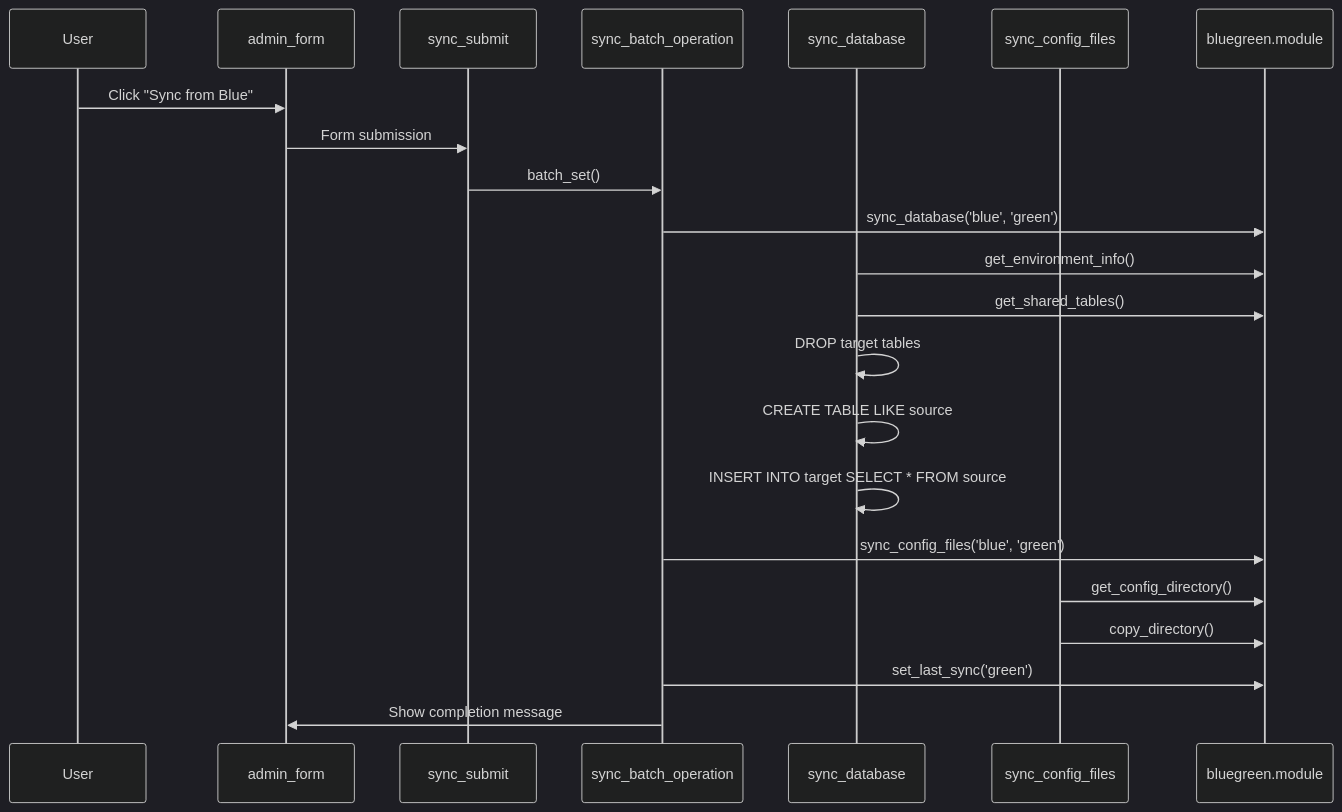
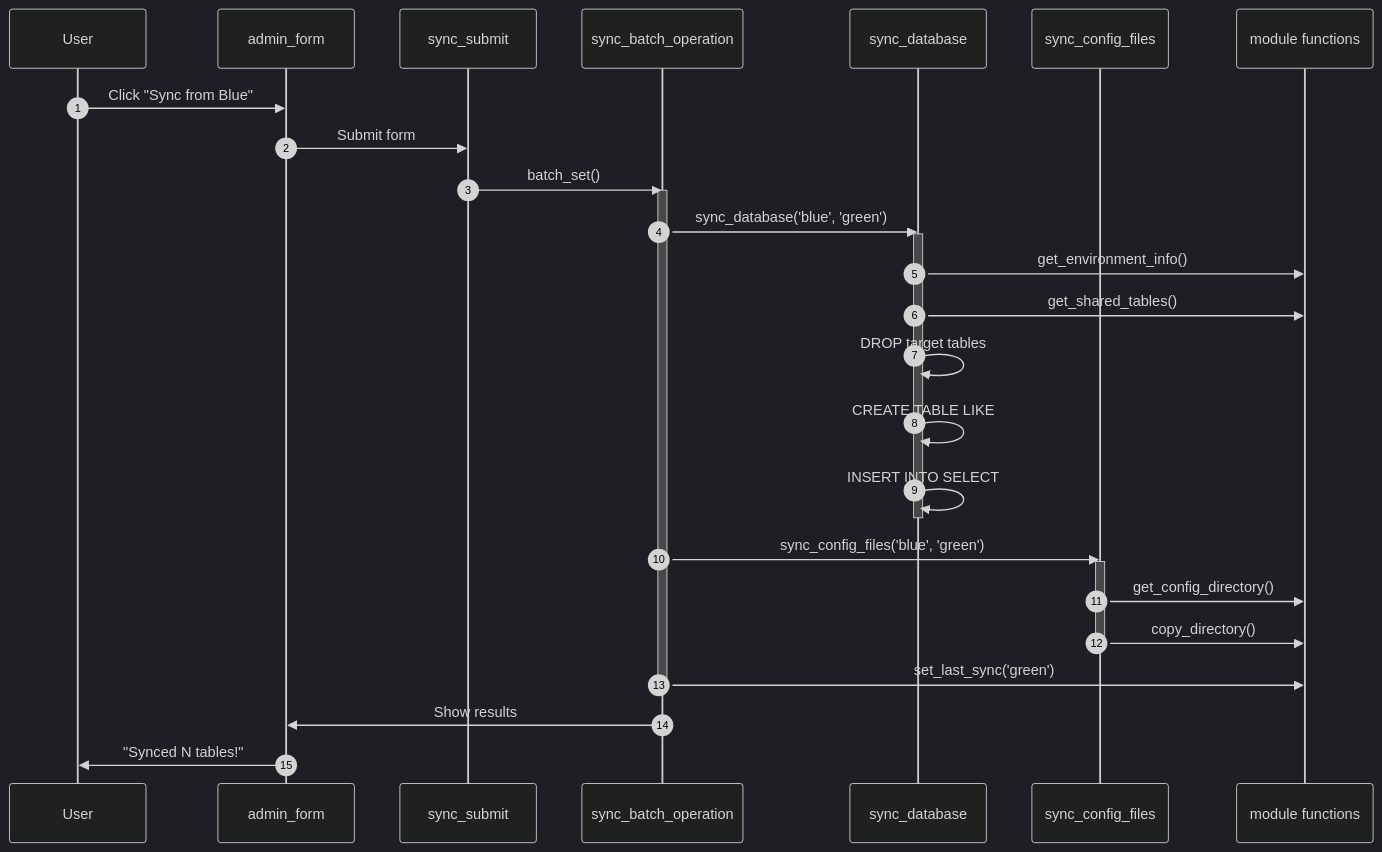
The third of 10 diagrams in ARCHITECTURE-DIAGRAM.md (cellear/bluegreen), drawn with Mermaid (dark theme) before and after one commit. The commit also changed other lines of this file and 1 other file, not shown here.

First line of the commit message:
Reformat diagrams to be more vertically oriented

````diff
--- a/ARCHITECTURE-DIAGRAM.md
+++ b/ARCHITECTURE-DIAGRAM.md
@@ -292,25 +123,33 @@
 ```mermaid
 sequenceDiagram
+    autonumber
     participant User
     participant UI as admin_form
-    participant Submit as sync_submit
+    participant Handler as sync_submit
     participant Batch as sync_batch_operation
     participant DB as sync_database
     participant Config as sync_config_files
-    participant Module as bluegreen.module
+    participant Module as module functions
 
     User->>UI: Click "Sync from Blue"
-    UI->>Submit: Form submission
-    Submit->>Batch: batch_set()
-    Batch->>Module: sync_database('blue', 'green')
+    UI->>Handler: Submit form
+    Handler->>Batch: batch_set()
+    activate Batch
+    Batch->>DB: sync_database('blue', 'green')
+    activate DB
     DB->>Module: get_environment_info()
     DB->>Module: get_shared_tables()
     DB->>DB: DROP target tables
-    DB->>DB: CREATE TABLE LIKE source
-    DB->>DB: INSERT INTO target SELECT * FROM source
-    Batch->>Module: sync_config_files('blue', 'green')
+    DB->>DB: CREATE TABLE LIKE
+    DB->>DB: INSERT INTO SELECT
+    deactivate DB
+    Batch->>Config: sync_config_files('blue', 'green')
+    activate Config
     Config->>Module: get_config_directory()
     Config->>Module: copy_directory()
+    deactivate Config
     Batch->>Module: set_last_sync('green')
-    Batch->>UI: Show completion message
+    deactivate Batch
+    Batch->>UI: Show results
+    UI->>User: "Synced N tables!"
 ```
````
